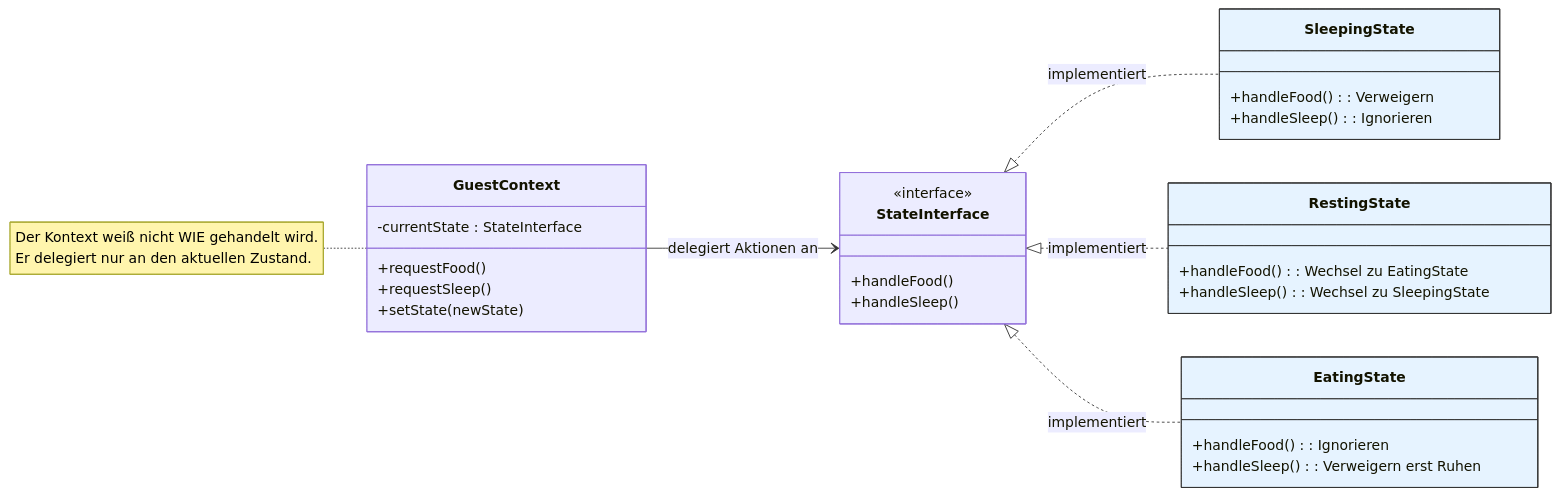
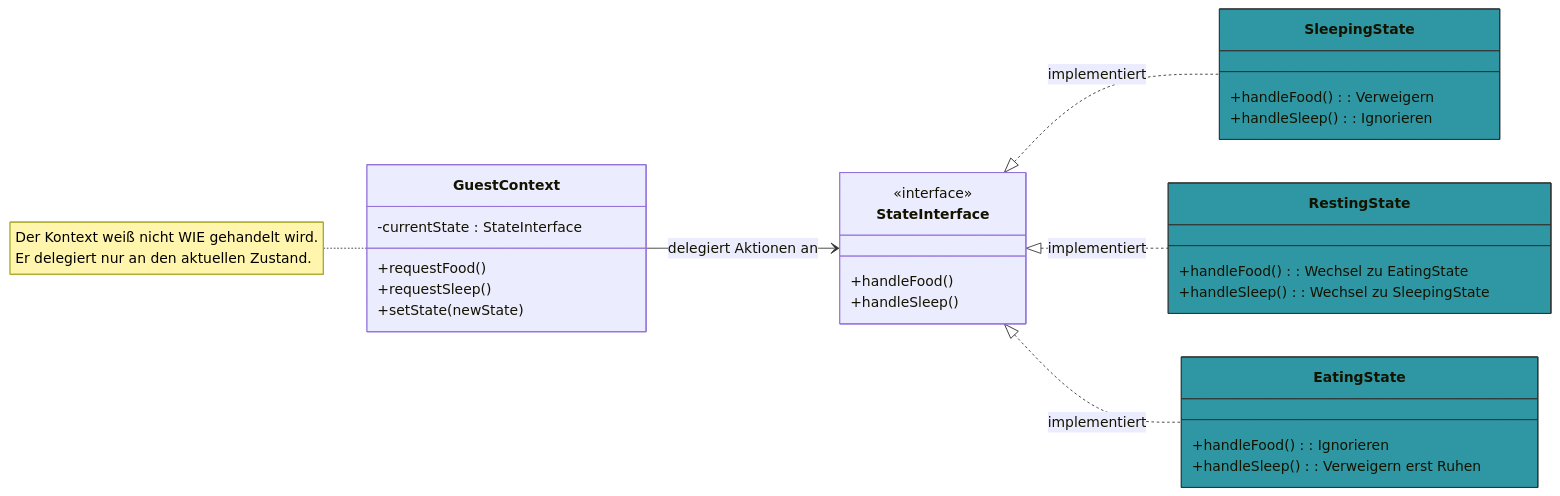
The second of 3 diagrams in src/student_projects/g09/docs/[Konzeption] Anforderungen.md (sebastianbichler/IU_2026_EF_LE_BER_VC_Python), drawn with Mermaid before and after one commit. The commit also changed other lines of this file, not shown here.

````diff
--- a/src/student_projects/g09/docs/[Konzeption] Anforderungen.md
+++ b/src/student_projects/g09/docs/[Konzeption] Anforderungen.md
@@ -56,40 +56,40 @@
 ```mermaid
 classDiagram
     direction LR
     class GuestContext {
         -currentState : StateInterface
         +requestFood()
         +requestSleep()
         +setState(newState)
     }
     note for GuestContext "Der Kontext weiß nicht WIE gehandelt wird.<br/>Er delegiert nur an den aktuellen Zustand."
 
     class StateInterface {
         <<interface>>
         +handleFood()
         +handleSleep()
     }
 
     class SleepingState {
         +handleFood() : Verweigern
         +handleSleep() : Ignorieren
     }
-    style SleepingState fill:#e6f3ff,stroke:#333
+    style SleepingState fill:#2f96a3,stroke:#333
 
     class RestingState {
         +handleFood() : Wechsel zu EatingState
         +handleSleep() : Wechsel zu SleepingState
     }
-    style RestingState fill:#e6f3ff,stroke:#333
+    style RestingState fill:#2f96a3,stroke:#333
 
     class EatingState {
         +handleFood() : Ignorieren
         +handleSleep() : Verweigern erst Ruhen
     }
-    style EatingState fill:#e6f3ff,stroke:#333
+    style EatingState fill:#2f96a3,stroke:#333
 
     GuestContext --> StateInterface : delegiert Aktionen an
     StateInterface <|.. SleepingState : implementiert
     StateInterface <|.. RestingState : implementiert
     StateInterface <|.. EatingState : implementiert
 ```
````
